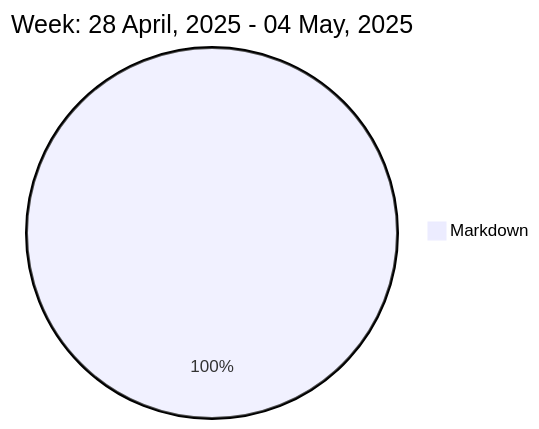
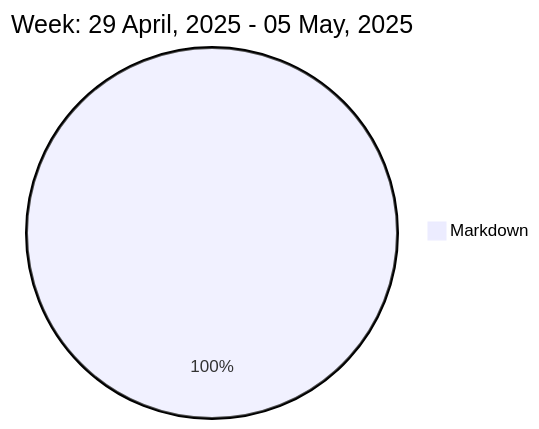
The diagram in README.md (liubin95/liubin95), drawn with Mermaid before and after one commit.

Commit message:
Updated the Graph with new Metrics

````diff
--- a/README.md
+++ b/README.md
@@ -37,5 +37,5 @@
 ```mermaid
  pie
-title Week: 28 April, 2025 - 04 May, 2025
- "Markdown" : 1.88
+title Week: 29 April, 2025 - 05 May, 2025
+ "Markdown" : 1.37
 ```
````
